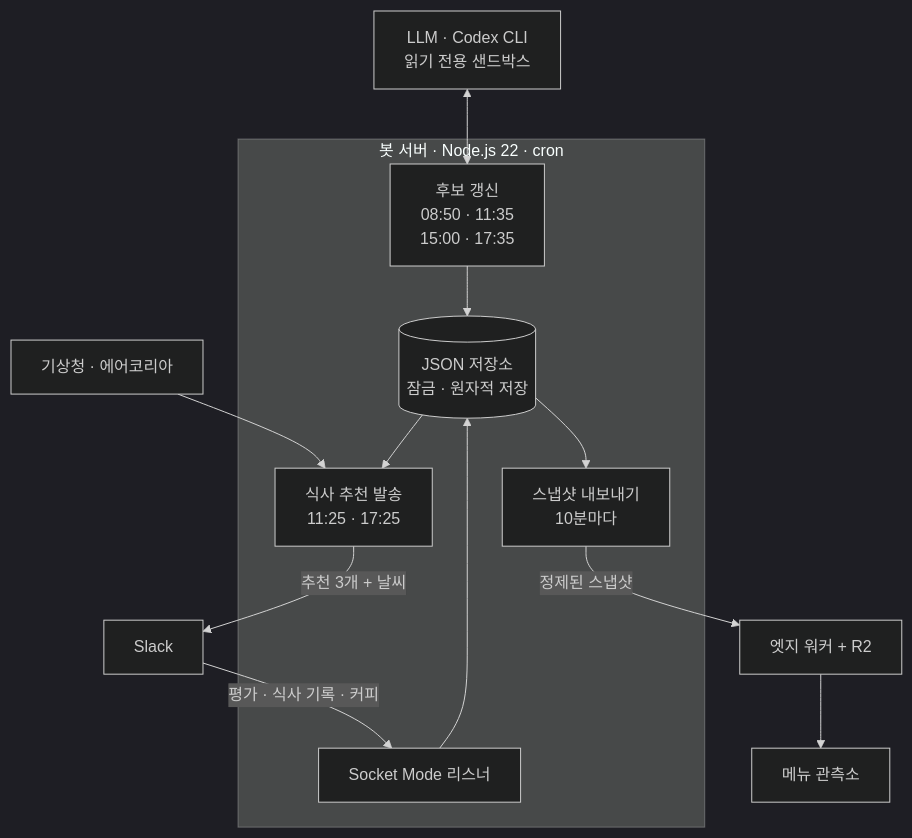
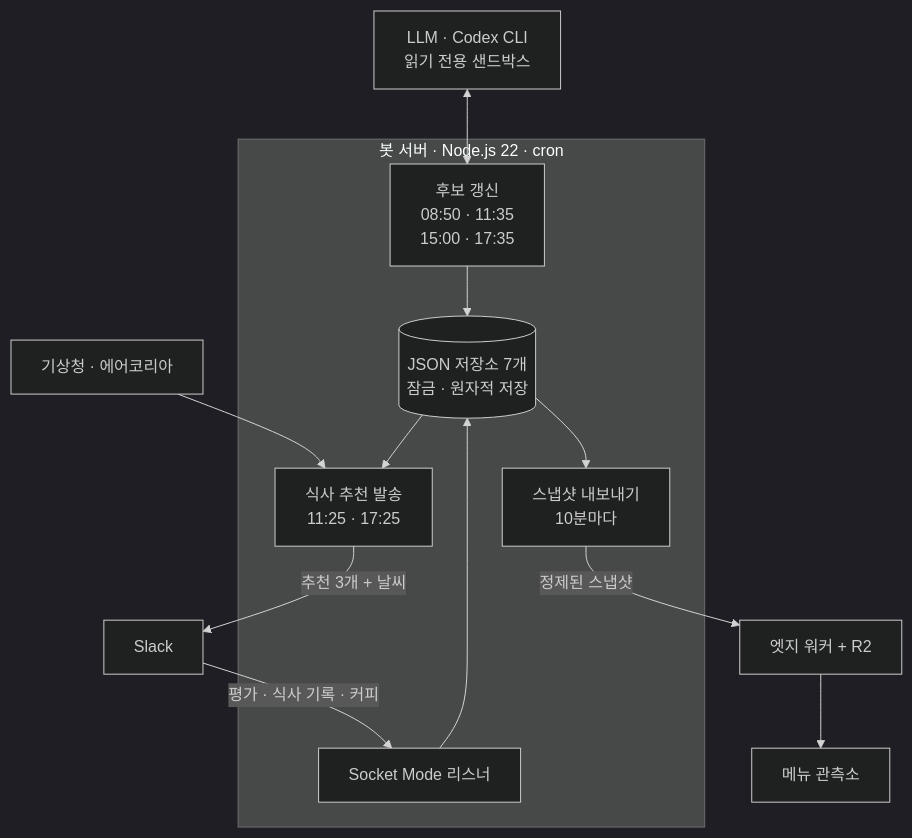
One commit to jumincho/ojeommwo changed the diagram in README.ko.md. Above: the diagram before and after it, drawn with Mermaid (dark theme). The commit also changed other lines of this file and 4 other files, not shown here.

````diff
--- a/README.ko.md
+++ b/README.ko.md
@@ -44,26 +45,26 @@
 ```mermaid
 flowchart TB
   llm["LLM · Codex CLI<br/>읽기 전용 샌드박스"]
   weather["기상청 · 에어코리아"]
   subgraph bot["봇 서버 · Node.js 22 · cron"]
     refresh["후보 갱신<br/>08:50 · 11:35<br/>15:00 · 17:35"]
     post["식사 추천 발송<br/>11:25 · 17:25"]
-    store[("JSON 저장소<br/>잠금 · 원자적 저장")]
+    store[("JSON 저장소 7개<br/>잠금 · 원자적 저장")]
     listener["Socket Mode 리스너"]
     export["스냅샷 내보내기<br/>10분마다"]
   end
   slack["Slack"]
   edge["엣지 워커 + R2"]
   browser["메뉴 관측소"]
 
   llm <--> refresh
   weather --> post
   refresh --> store
   store --> post
   post -->|"추천 3개 + 날씨"| slack
   slack -->|"평가 · 식사 기록 · 커피"| listener
   listener --> store
   store --> export
   export -->|"정제된 스냅샷"| edge
   edge --> browser
 ```
````
